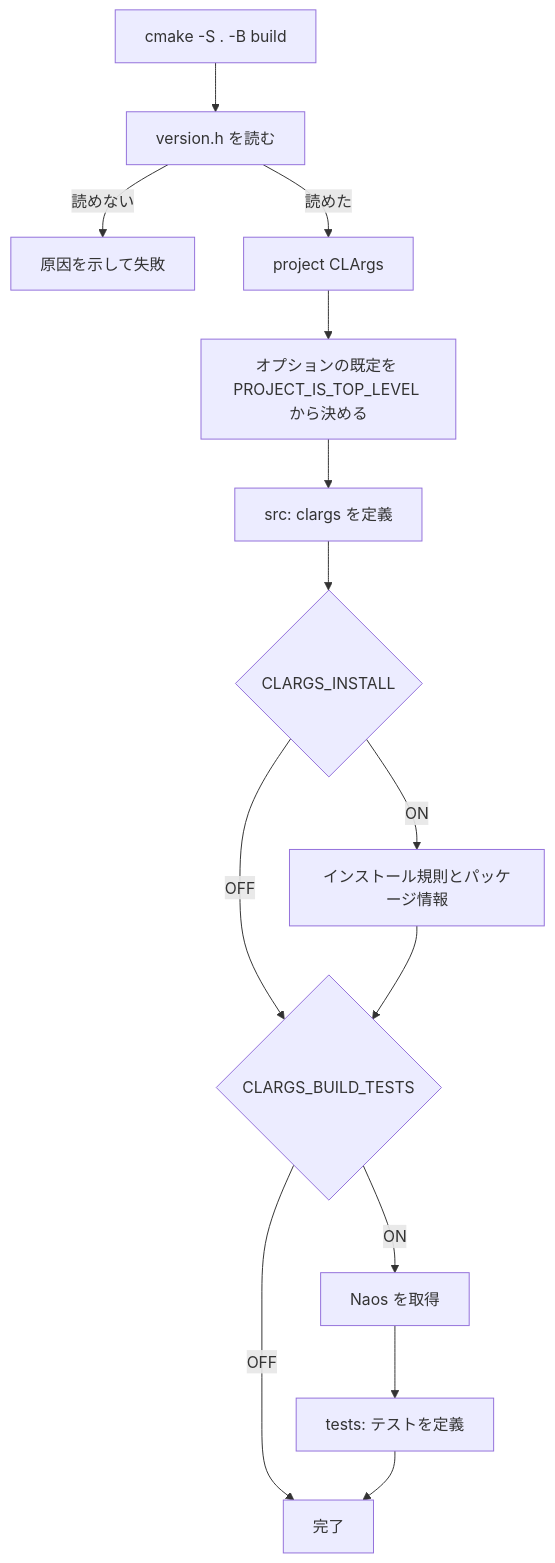
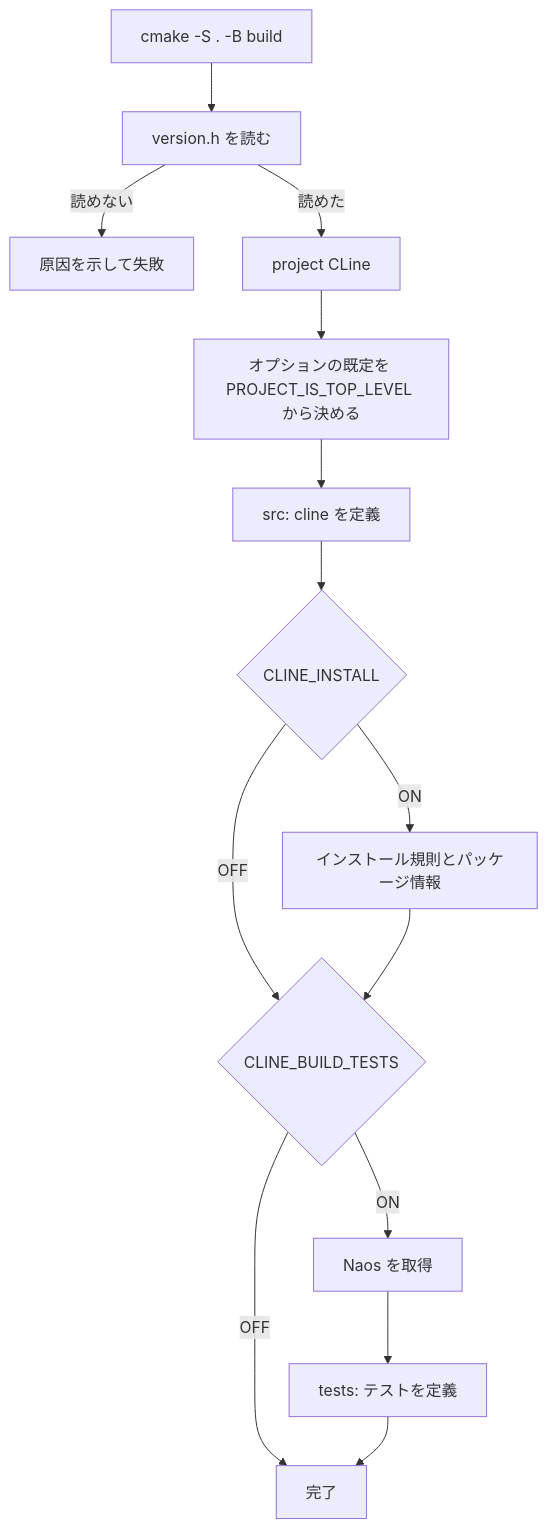
One commit to ktdevx/cargs changed the second of 3 diagrams in .kiro/specs/build-foundation/design.md. Above: the diagram before and after it, drawn with Mermaid. The commit also changed other lines of this file and 177 other files, not shown here.

First line of the commit message:
Rename project from CLArgs to CLine

````diff
--- a/.kiro/specs/build-foundation/design.md
+++ b/.kiro/specs/build-foundation/design.md
@@ -184,16 +184,16 @@
 ```mermaid
 flowchart TD
     Start[cmake -S . -B build] --> ReadVersion[version.h を読む]
     ReadVersion -->|読めない| FailVersion[原因を示して失敗]
-    ReadVersion -->|読めた| Project[project CLArgs]
+    ReadVersion -->|読めた| Project[project CLine]
     Project --> Options[オプションの既定を PROJECT_IS_TOP_LEVEL から決める]
-    Options --> Lib[src: clargs を定義]
-    Lib --> InstallQ{CLARGS_INSTALL}
+    Options --> Lib[src: cline を定義]
+    Lib --> InstallQ{CLINE_INSTALL}
     InstallQ -->|ON| InstallRules[インストール規則とパッケージ情報]
     InstallQ -->|OFF| TestsQ
-    InstallRules --> TestsQ{CLARGS_BUILD_TESTS}
+    InstallRules --> TestsQ{CLINE_BUILD_TESTS}
     TestsQ -->|ON| FetchNaos[Naos を取得]
     FetchNaos --> AddTests[tests: テストを定義]
     TestsQ -->|OFF| Done[完了]
     AddTests --> Done
 ```
````
